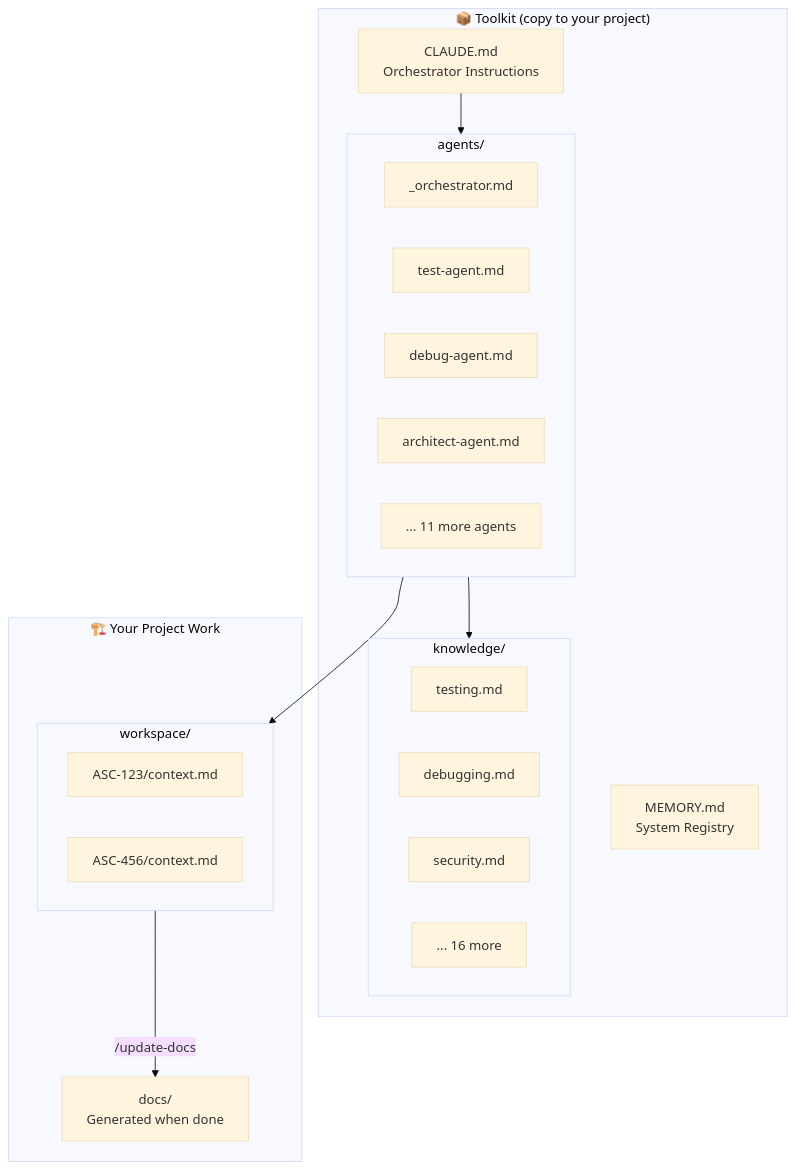
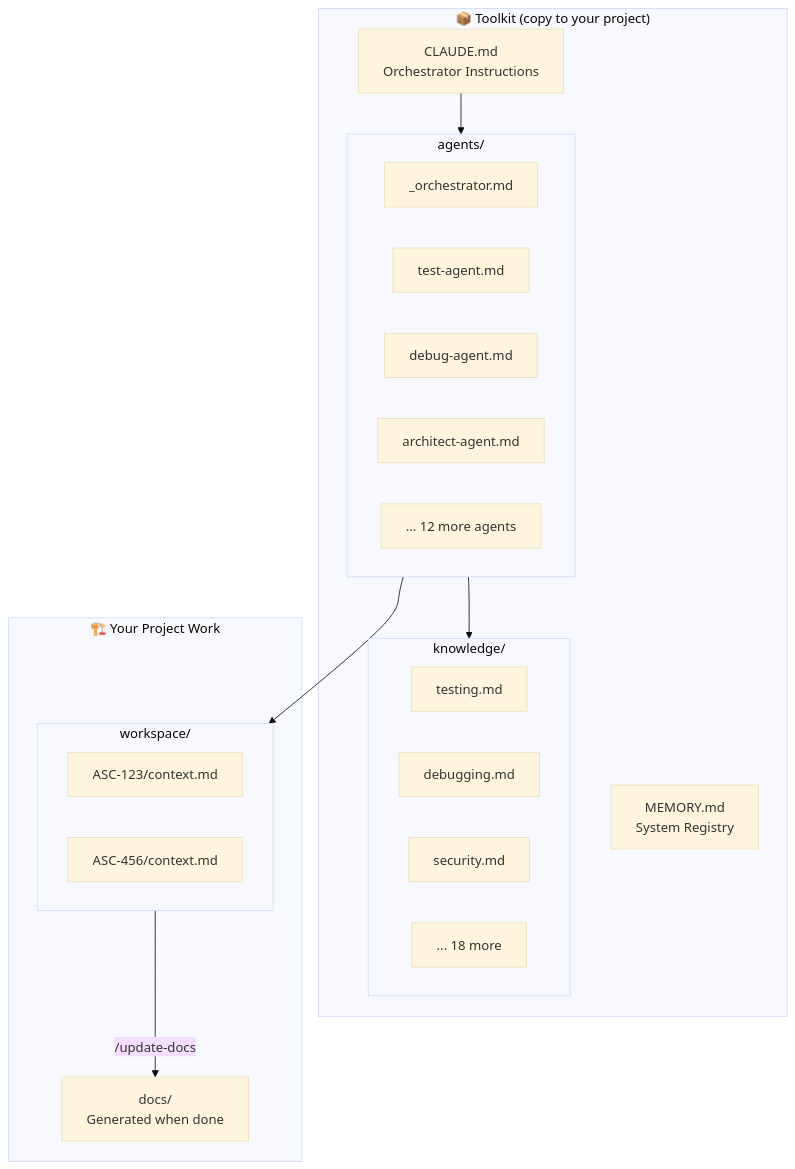
One commit to MikahNiehaus/ClaudeMemory changed the third of 7 diagrams in README.md. Above: the diagram before and after it, drawn with Mermaid (base theme). The commit also changed other lines of this file and 11 other files, not shown here.

````diff
--- a/README.md
+++ b/README.md
@@ -87,36 +87,36 @@
 ```mermaid
 flowchart TB
     subgraph Toolkit["📦 Toolkit (copy to your project)"]
         CLAUDE[CLAUDE.md<br/>Orchestrator Instructions]
         MEMORY[MEMORY.md<br/>System Registry]
 
         subgraph Agents["agents/"]
             Orch[_orchestrator.md]
             Test[test-agent.md]
             Debug[debug-agent.md]
             Arch[architect-agent.md]
-            More[... 11 more agents]
+            More[... 12 more agents]
         end
 
         subgraph Knowledge["knowledge/"]
             Testing[testing.md]
             Debugging[debugging.md]
             Security[security.md]
-            MoreK[... 16 more]
+            MoreK[... 18 more]
         end
     end
 
     subgraph Project["🏗️ Your Project Work"]
         subgraph Workspace["workspace/"]
             Task1[ASC-123/context.md]
             Task2[ASC-456/context.md]
         end
 
         Docs[docs/<br/>Generated when done]
     end
 
     CLAUDE --> Agents
     Agents --> Knowledge
     Agents --> Workspace
     Workspace --> |"/update-docs"| Docs
 ```
````
